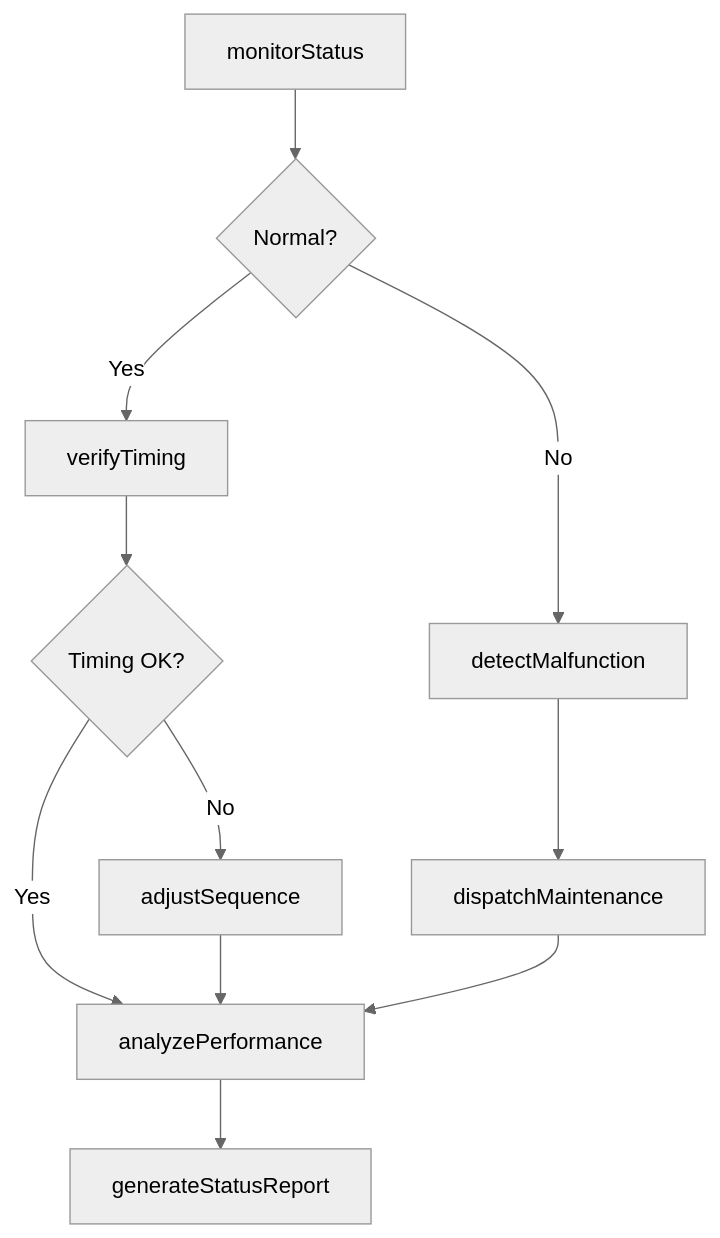
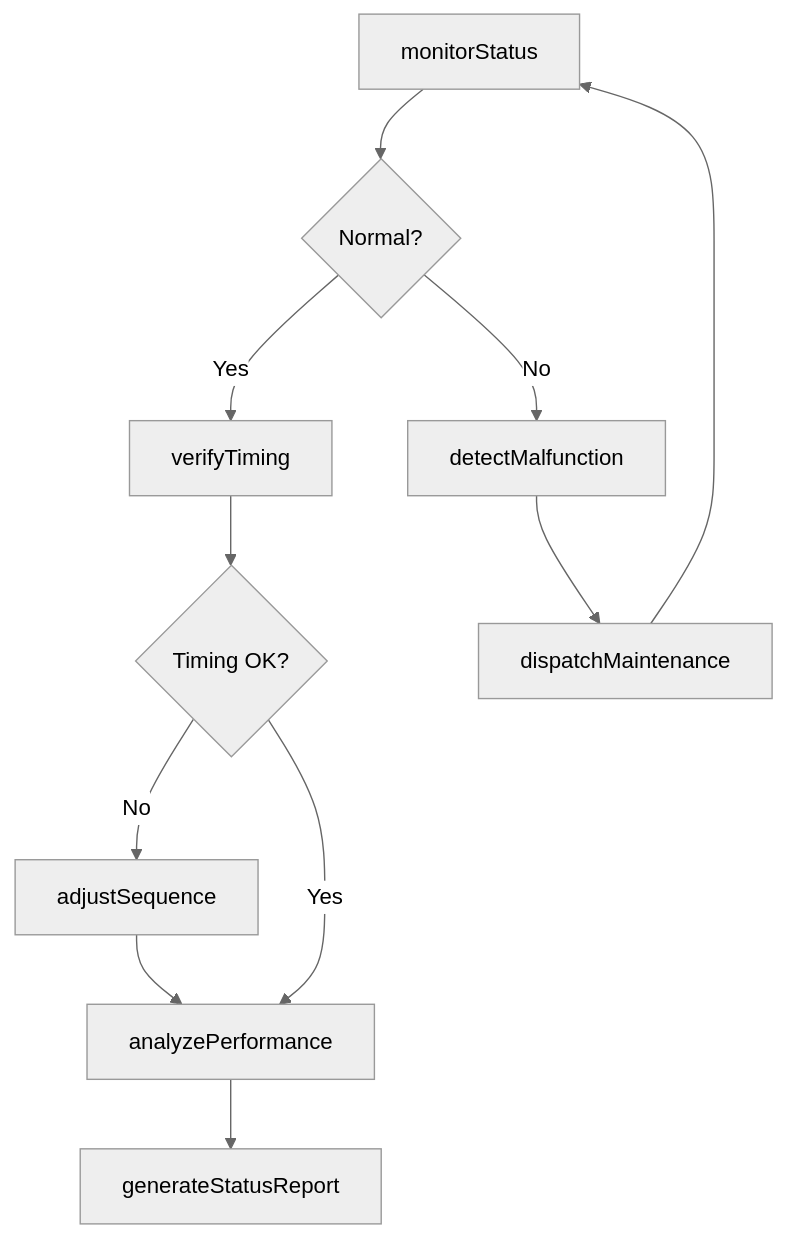
Before and after one commit to dot-org-ai/tasks.org.ai: the third of 4 diagrams in MonitoringProcessesMaterialsOrSurroundings/MonitorTrafficConditions/MonitorTrafficSignals.mdx, drawn with Mermaid (neutral theme). The commit also changed other lines of this file and 307 other files, not shown here.

First line of the commit message:
feat: Add ER diagrams and state diagrams to remaining 308 DWA task files (wave 3 complete)

````diff
--- a/MonitoringProcessesMaterialsOrSurroundings/MonitorTrafficConditions/MonitorTrafficSignals.mdx
+++ b/MonitoringProcessesMaterialsOrSurroundings/MonitorTrafficConditions/MonitorTrafficSignals.mdx
@@ -87,13 +116,13 @@
 ```mermaid
 graph TD
     A[monitorStatus] --> B{Normal?}
     B -->|Yes| C[verifyTiming]
     B -->|No| D[detectMalfunction]
     D --> E[dispatchMaintenance]
+    E --> A
     C --> F{Timing OK?}
     F -->|No| G[adjustSequence]
     F -->|Yes| H[analyzePerformance]
     G --> H
-    E --> H
     H --> I[generateStatusReport]
 ```
````
